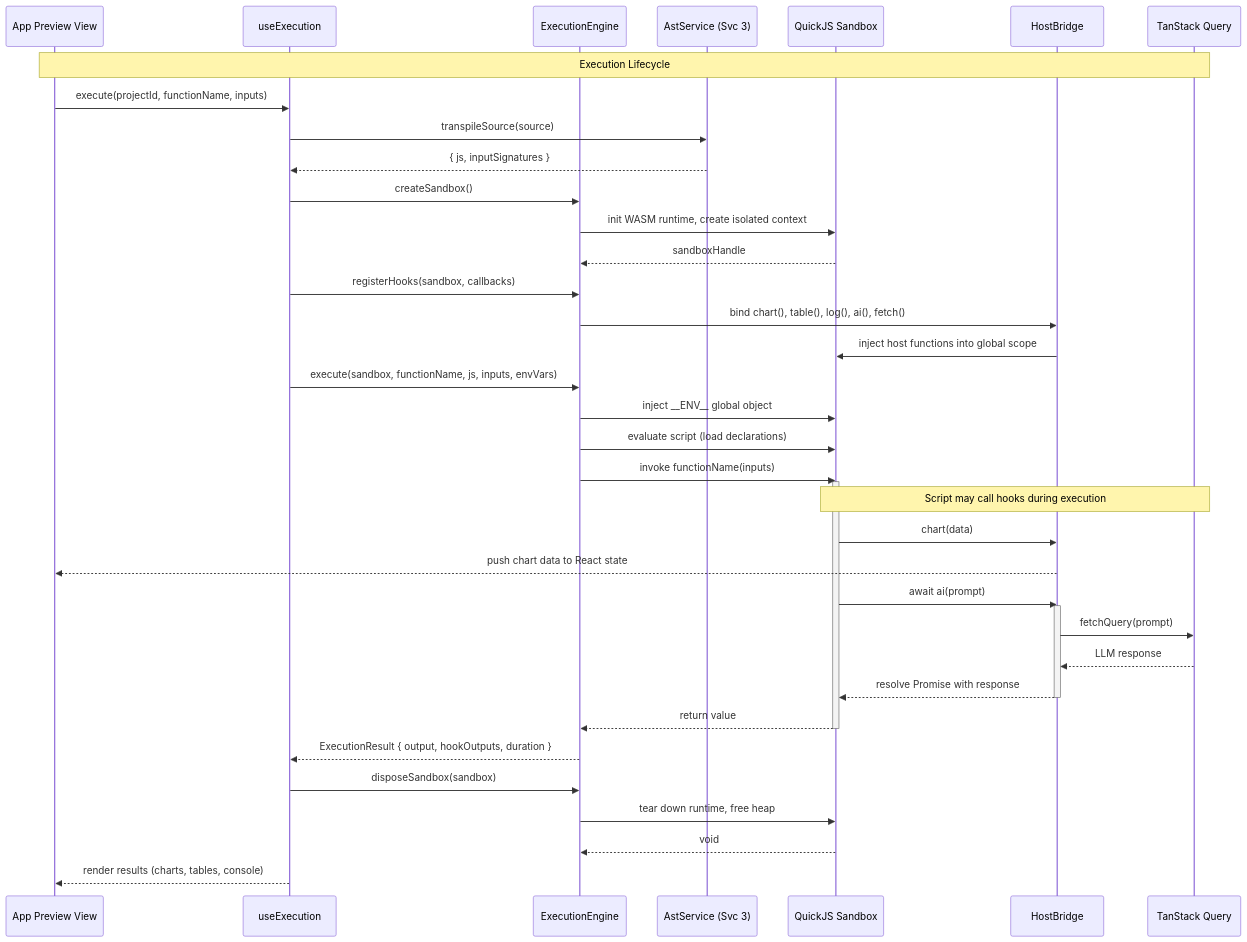
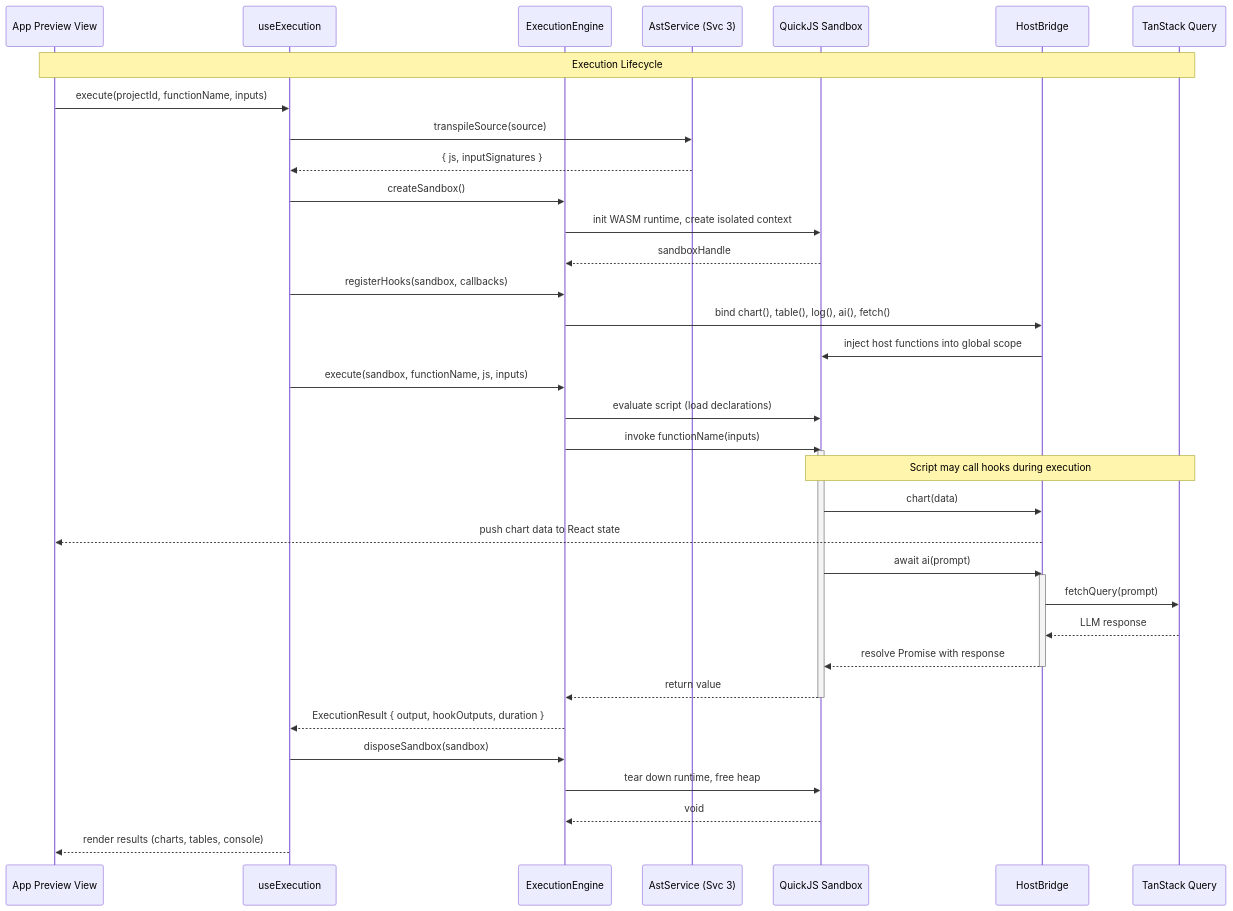
Before and after one commit to rimvydasb/open-modeler-ts: the second of 2 diagrams in docs/05-EXECUTION-ENGINE.md, drawn with Mermaid. The commit also changed other lines of this file and 2 other files, not shown here.

Commit message:
refactor execution engine documentation: remove envVars from execute method signature and clarify sandbox execution steps

````diff
--- a/docs/05-EXECUTION-ENGINE.md
+++ b/docs/05-EXECUTION-ENGINE.md
@@ -79,53 +79,52 @@
 ```mermaid
 sequenceDiagram
     participant UI as App Preview View
     participant Hook as useExecution
     participant Eng as ExecutionEngine
     participant AST as AstService (Svc 3)
     participant QJS as QuickJS Sandbox
     participant Bridge as HostBridge
     participant TSQ as TanStack Query
 
     Note over UI, TSQ: Execution Lifecycle
 
     UI ->> Hook: execute(projectId, functionName, inputs)
     Hook ->> AST: transpileSource(source)
     AST -->> Hook: { js, inputSignatures }
 
     Hook ->> Eng: createSandbox()
     Eng ->> QJS: init WASM runtime, create isolated context
     QJS -->> Eng: sandboxHandle
 
     Hook ->> Eng: registerHooks(sandbox, callbacks)
     Eng ->> Bridge: bind chart(), table(), log(), ai(), fetch()
     Bridge ->> QJS: inject host functions into global scope
 
-    Hook ->> Eng: execute(sandbox, functionName, js, inputs, envVars)
-    Eng ->> QJS: inject __ENV__ global object
+    Hook ->> Eng: execute(sandbox, functionName, js, inputs)
     Eng ->> QJS: evaluate script (load declarations)
     Eng ->> QJS: invoke functionName(inputs)
     activate QJS
 
     Note over QJS, TSQ: Script may call hooks during execution
 
     QJS ->> Bridge: chart(data)
     Bridge -->> UI: push chart data to React state
 
     QJS ->> Bridge: await ai(prompt)
     activate Bridge
     Bridge ->> TSQ: fetchQuery(prompt)
     TSQ -->> Bridge: LLM response
     Bridge -->> QJS: resolve Promise with response
     deactivate Bridge
 
     QJS -->> Eng: return value
     deactivate QJS
 
     Eng -->> Hook: ExecutionResult { output, hookOutputs, duration }
 
     Hook ->> Eng: disposeSandbox(sandbox)
     Eng ->> QJS: tear down runtime, free heap
     QJS -->> Eng: void
 
     Hook -->> UI: render results (charts, tables, console)
 ```
````
